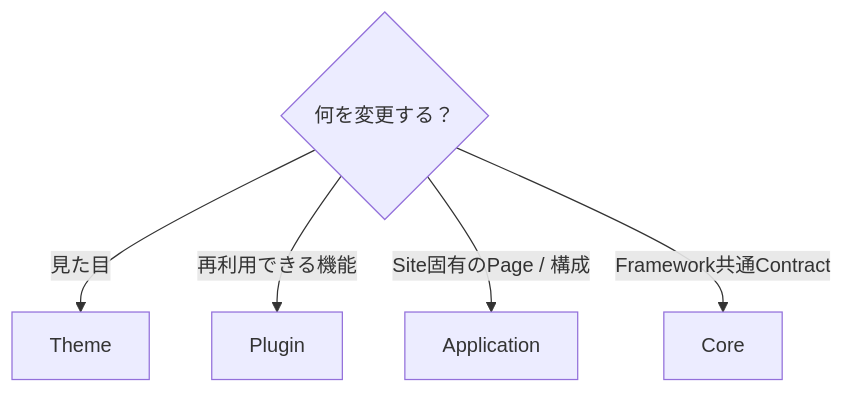
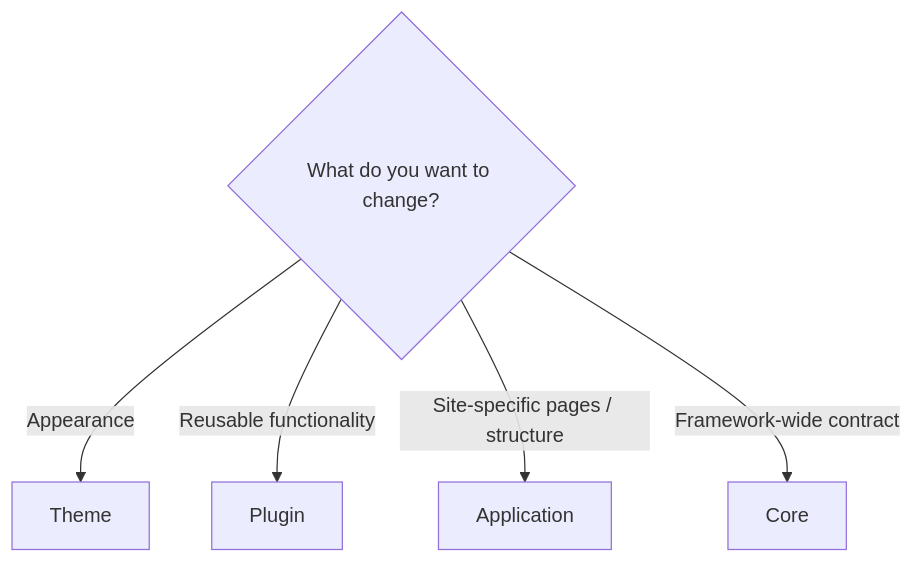
The sixth of 6 diagrams in docs/docs/themes/writing-a-theme.md (Rerurate514/riebeckite), drawn with Mermaid before and after one commit. The commit also changed other lines of this file and 604 other files, not shown here.

````diff
--- a/docs/docs/themes/writing-a-theme.md
+++ b/docs/docs/themes/writing-a-theme.md
@@ -788,9 +523,9 @@
-```mermaid id="sgcd92"
+```mermaid
 flowchart TD
-    Need{"何を変更する？"}
+    Need{"What do you want to change?"}
 
-    Need -->|"見た目"| Theme["Theme"]
-    Need -->|"再利用できる機能"| Plugin["Plugin"]
-    Need -->|"Site固有のPage / 構成"| App["Application"]
-    Need -->|"Framework共通Contract"| Core["Core"]
+    Need -->|"Appearance"| Theme["Theme"]
+    Need -->|"Reusable functionality"| Plugin["Plugin"]
+    Need -->|"Site-specific pages / structure"| App["Application"]
+    Need -->|"Framework-wide contract"| Core["Core"]
 ```
````
